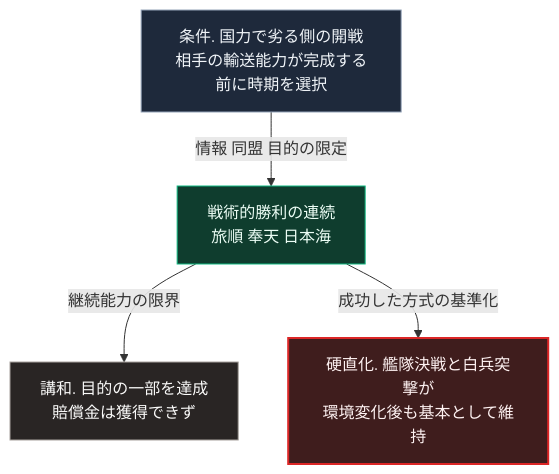
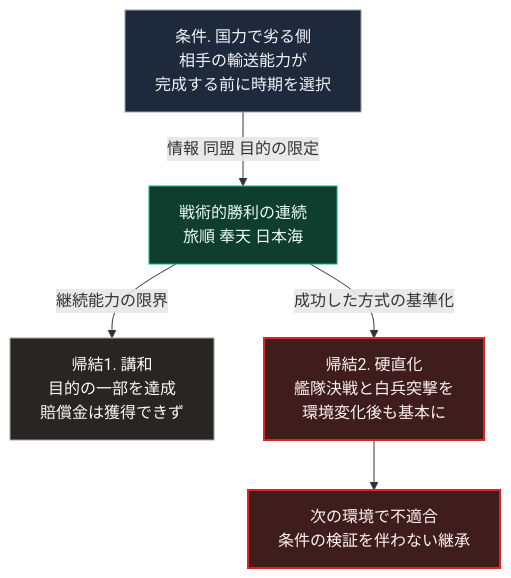
Before and after one commit to Takenori-Kusaka/zenn-content: the diagram in books/sovereign-resilience-blueprint/24_russo-japanese-asymmetry.md, drawn with Mermaid. The commit also changed other lines of this file and 114 other files, not shown here.

````diff
--- a/books/sovereign-resilience-blueprint/24_russo-japanese-asymmetry.md
+++ b/books/sovereign-resilience-blueprint/24_russo-japanese-asymmetry.md
@@ -61,12 +63,14 @@
 ```mermaid
 flowchart TD
-    A[条件. 国力で劣る側の開戦<br>相手の輸送能力が完成する前に時期を選択]
+    A[条件. 国力で劣る側<br>相手の輸送能力が<br>完成する前に時期を選択]
     A -->|情報 同盟 目的の限定| B[戦術的勝利の連続<br>旅順 奉天 日本海]
-    B -->|継続能力の限界| C[講和. 目的の一部を達成<br>賠償金は獲得できず]
-    B -->|成功した方式の基準化| D[硬直化. 艦隊決戦と白兵突撃が<br>環境変化後も基本として維持]
+    B -->|継続能力の限界| C[帰結1. 講和<br>目的の一部を達成<br>賠償金は獲得できず]
+    B -->|成功した方式の基準化| D[帰結2. 硬直化<br>艦隊決戦と白兵突撃を<br>環境変化後も基本に]
+    D --> E[次の環境で不適合<br>条件の検証を伴わない継承]
 
     style A fill:#1e293b,stroke:#94a3b8,color:#f1f5f9
     style B fill:#0f3d2e,stroke:#10b981,color:#ecfdf5
     style C fill:#292524,stroke:#a8a29e,color:#fafaf9
     style D fill:#3f1d1d,stroke:#dc2626,stroke-width:2px,color:#fef2f2
+    style E fill:#3f1d1d,stroke:#dc2626,stroke-width:2px,color:#fef2f2
 ```
````
